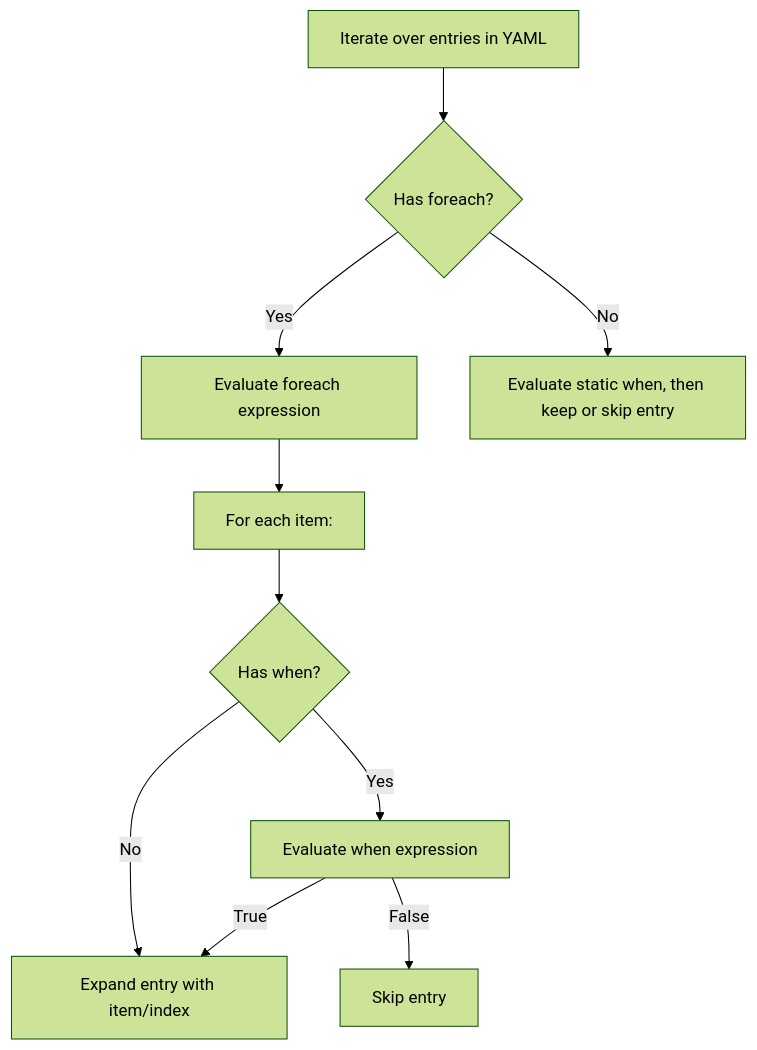
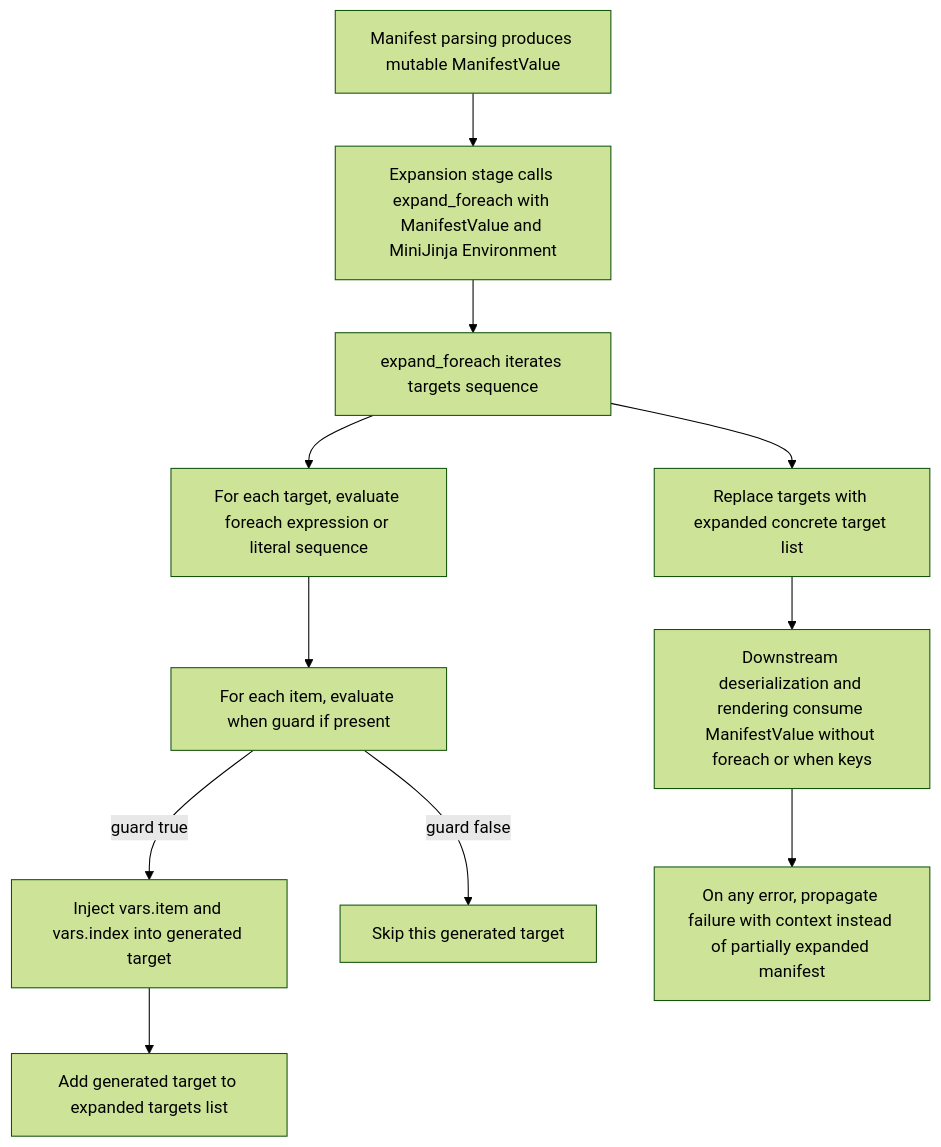
The third of 13 diagrams in docs/netsuke-design.md (leynos/netsuke), drawn with Mermaid (forest theme) before and after one commit. The commit also changed other lines of this file, not shown here.

Commit message:
Add manifest expansion flow chart
Replace the shorter foreach diagram with the requested flow chart and an accessible caption describing the target expansion path and error handling.

````diff
--- a/docs/netsuke-design.md
+++ b/docs/netsuke-design.md
@@ -436,12 +438,14 @@
 ```mermaid
 flowchart TD
-    A[Iterate over entries in YAML] --> B{Has foreach?}
-    B -- Yes --> C[Evaluate foreach expression]
-    C --> D[For each item:]
-    D --> E{Has when?}
-    E -- Yes --> F[Evaluate when expression]
-    F -- True --> G[Expand entry with item/index]
-    F -- False --> H[Skip entry]
-    E -- No --> G
-    B -- No --> I[Evaluate static when, then keep or skip entry]
+    A[Manifest parsing produces mutable ManifestValue] --> B
+    B[Expansion stage calls expand_foreach with ManifestValue and MiniJinja Environment]
+    B --> C[expand_foreach iterates targets sequence]
+    C --> D[For each target, evaluate foreach expression or literal sequence]
+    D --> E[For each item, evaluate when guard if present]
+    E -->|guard true| F[Inject vars.item and vars.index into generated target]
+    F --> G[Add generated target to expanded targets list]
+    E -->|guard false| H[Skip this generated target]
+    C --> I[Replace targets with expanded concrete target list]
+    I --> J[Downstream deserialization and rendering consume ManifestValue without foreach or when keys]
+    J --> K[On any error, propagate failure with context instead of partially expanded manifest]
 ```
````
